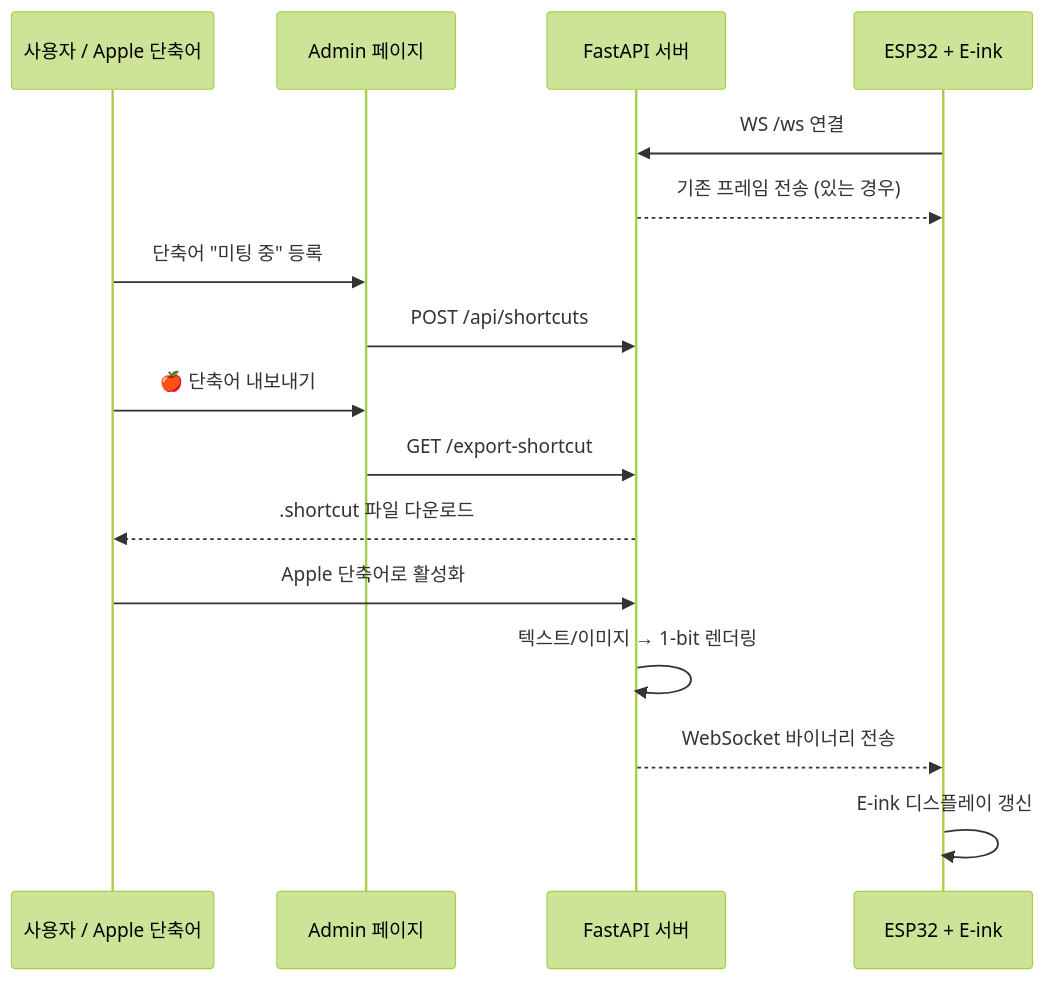
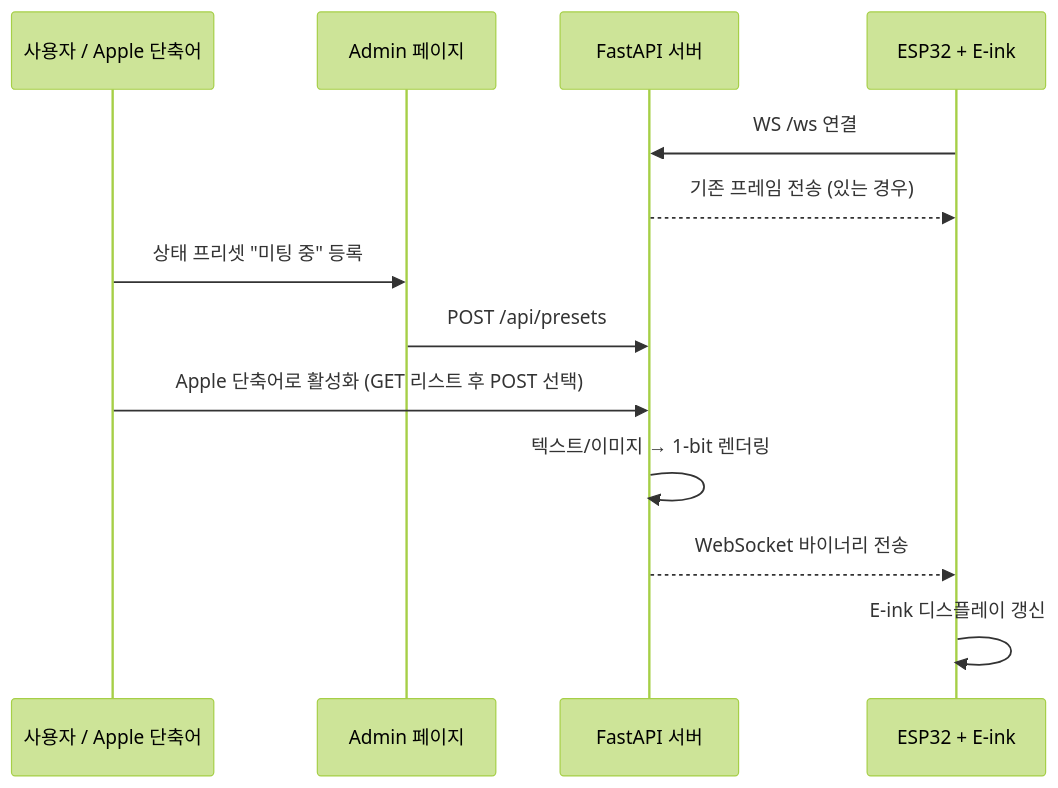
The diagram in README.md (Junja0419/eink-status-board), drawn with Mermaid (forest theme) before and after one commit. The commit also changed other lines of this file and 2 other files, not shown here.

First line of the commit message:
feat(server): Apple 단축어 연동 방식 개선 및 E-ink 디더링(이모지 지원) 도입

````diff
--- a/README.md
+++ b/README.md
@@ -268,22 +249,18 @@
 ```mermaid
 sequenceDiagram
     participant User as 사용자 / Apple 단축어
     participant Admin as Admin 페이지
     participant Server as FastAPI 서버
     participant ESP as ESP32 + E-ink
 
     ESP->>Server: WS /ws 연결
     Server-->>ESP: 기존 프레임 전송 (있는 경우)
 
-    User->>Admin: 단축어 "미팅 중" 등록
-    Admin->>Server: POST /api/shortcuts
+    User->>Admin: 상태 프리셋 "미팅 중" 등록
+    Admin->>Server: POST /api/presets
 
-    User->>Admin: 🍎 단축어 내보내기
-    Admin->>Server: GET /export-shortcut
-    Server-->>User: .shortcut 파일 다운로드
-
-    User->>Server: Apple 단축어로 활성화
+    User->>Server: Apple 단축어로 활성화 (GET 리스트 후 POST 선택)
     Server->>Server: 텍스트/이미지 → 1-bit 렌더링
     Server-->>ESP: WebSocket 바이너리 전송
     ESP->>ESP: E-ink 디스플레이 갱신
 ```
````
